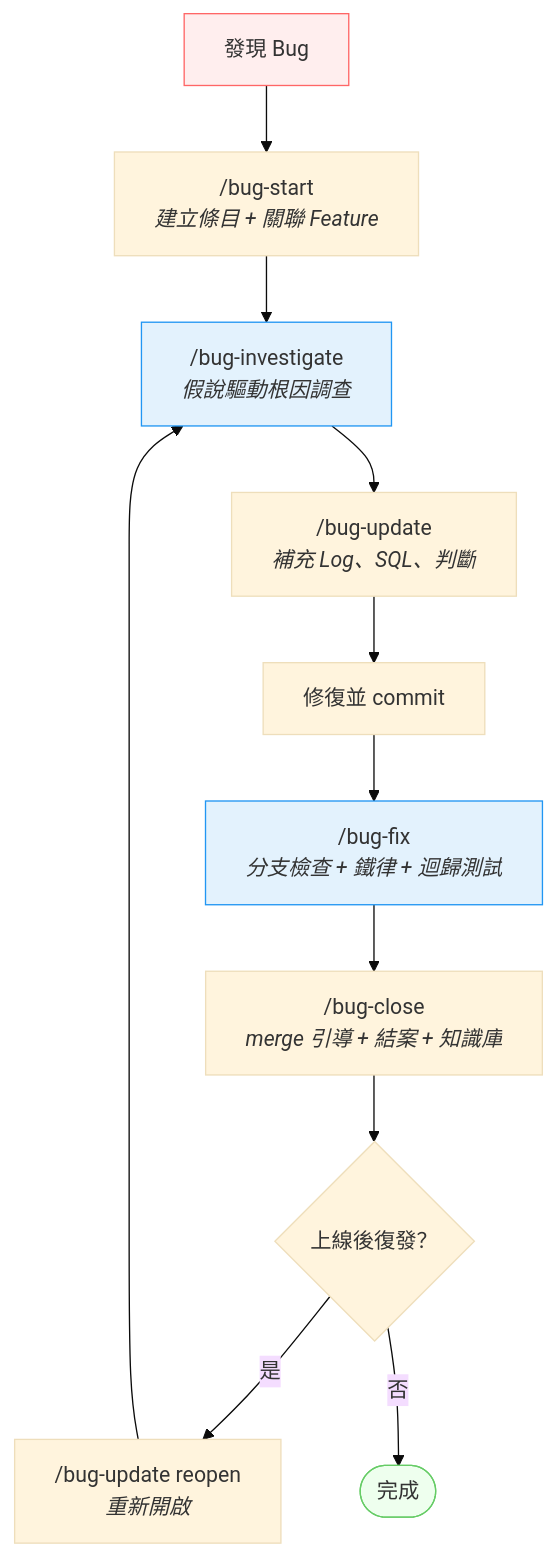
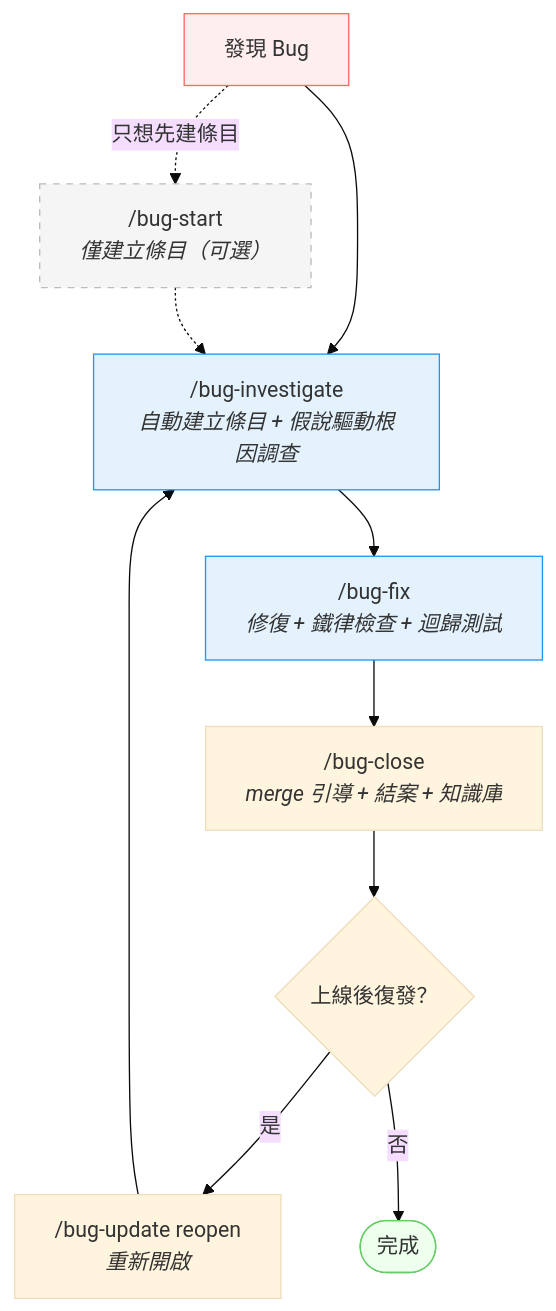
The second of 5 diagrams in README.md (Stcfinch/crew), drawn with Mermaid (base theme) before and after one commit. The commit also changed other lines of this file and 9 other files, not shown here.

First line of the commit message:
feat(bug-workflow): investigate 改為主入口 + 釐清問題機制，升版至 v3.8.0

````diff
--- a/README.md
+++ b/README.md
@@ -73,21 +73,22 @@
 ```mermaid
 flowchart TD
     discover["發現 Bug"]
-    start["/bug-start<br/><i>建立條目 + 關聯 Feature</i>"]
-    investigate["/bug-investigate<br/><i>假說驅動根因調查</i>"]
-    update["/bug-update<br/><i>補充 Log、SQL、判斷</i>"]
-    fix["修復並 commit"]
-    bugfix["/bug-fix<br/><i>分支檢查 + 鐵律 + 迴歸測試</i>"]
+    investigate["/bug-investigate<br/><i>自動建立條目 + 假說驅動根因調查</i>"]
+    fix["/bug-fix<br/><i>修復 + 鐵律檢查 + 迴歸測試</i>"]
     close["/bug-close<br/><i>merge 引導 + 結案 + 知識庫</i>"]
     reopen{上線後復發？}
     reopenCmd["/bug-update reopen<br/><i>重新開啟</i>"]
+    startOpt["/bug-start<br/><i>僅建立條目（可選）</i>"]
 
-    discover --> start --> investigate --> update --> fix --> bugfix --> close --> reopen
+    discover --> investigate --> fix --> close --> reopen
     reopen -- "是" --> reopenCmd --> investigate
     reopen -- "否" --> done(["完成"])
+
+    discover -. "只想先建條目" .-> startOpt .-> investigate
 
     style discover fill:#fee,stroke:#f66
     style done fill:#efe,stroke:#6c6
     style investigate fill:#e3f2fd,stroke:#2196f3
-    style bugfix fill:#e3f2fd,stroke:#2196f3
+    style fix fill:#e3f2fd,stroke:#2196f3
+    style startOpt fill:#f5f5f5,stroke:#bbb,stroke-dasharray: 5 5
 ```
````
